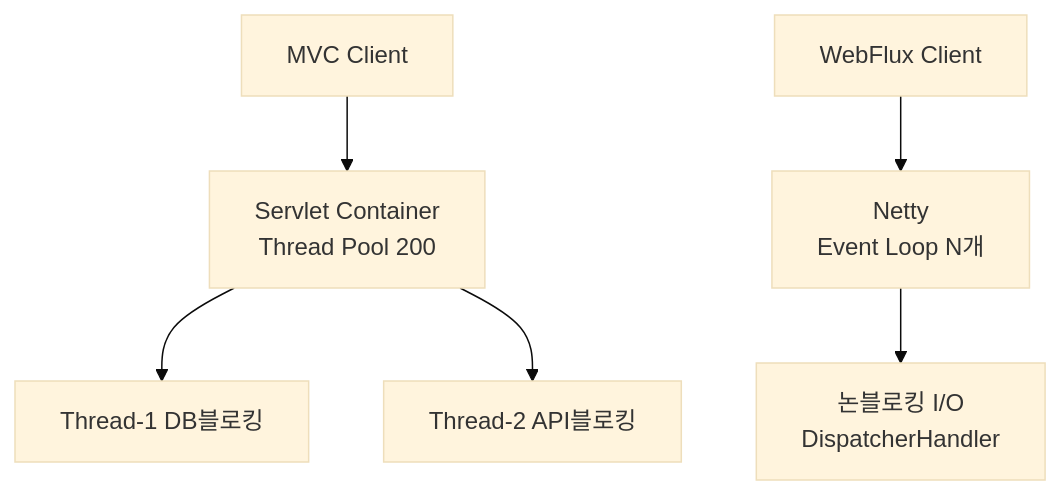
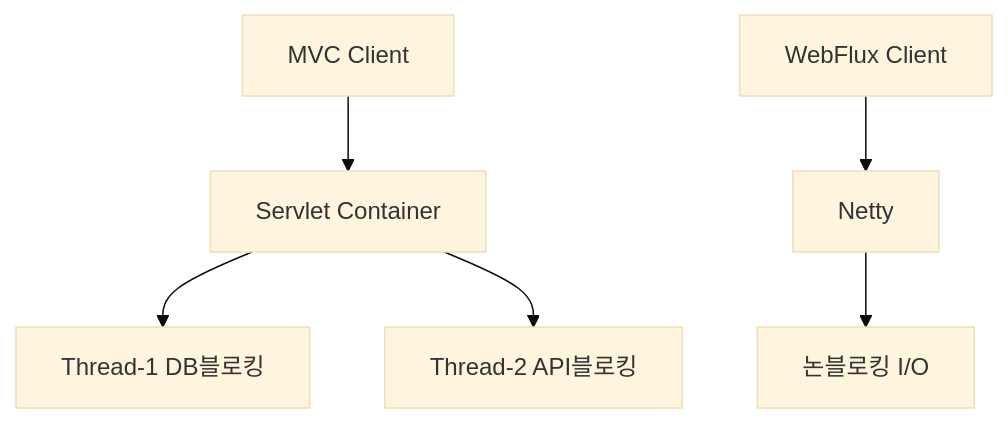
One commit to yjkim2015/yjkim2015.github.io changed the second of 9 diagrams in _posts/spring/2026-05-01-spring-webflux.md. Above: the diagram before and after it, drawn with Mermaid (base theme). The commit also changed other lines of this file and 217 other files, not shown here.

First line of the commit message:
Mermaid 크기 수정: useMaxWidth:true + SVG max-width:100% + 라벨 축소

````diff
--- a/_posts/spring/2026-05-01-spring-webflux.md
+++ b/_posts/spring/2026-05-01-spring-webflux.md
@@ -44,8 +44,8 @@
 ```mermaid
 graph TD
-    A[MVC Client] --> B[Servlet Container\nThread Pool 200]
+    A[MVC Client] --> B[Servlet Container]
     B --> C[Thread-1 DB블로킹]
     B --> D[Thread-2 API블로킹]
-    E[WebFlux Client] --> F[Netty\nEvent Loop N개]
-    F --> G[논블로킹 I/O\nDispatcherHandler]
+    E[WebFlux Client] --> F[Netty]
+    F --> G[논블로킹 I/O]
 ```
````
